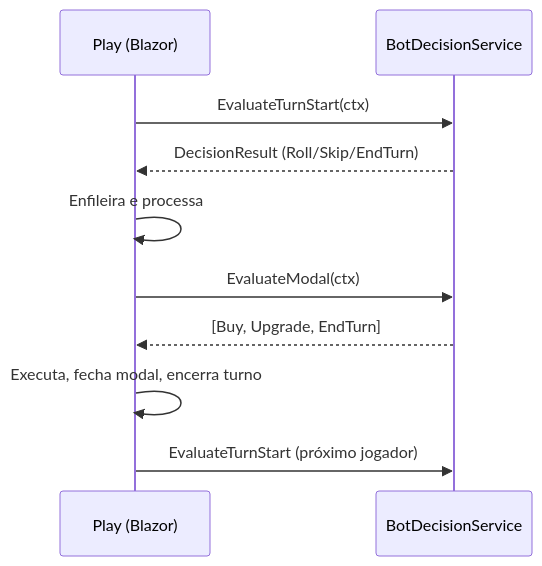
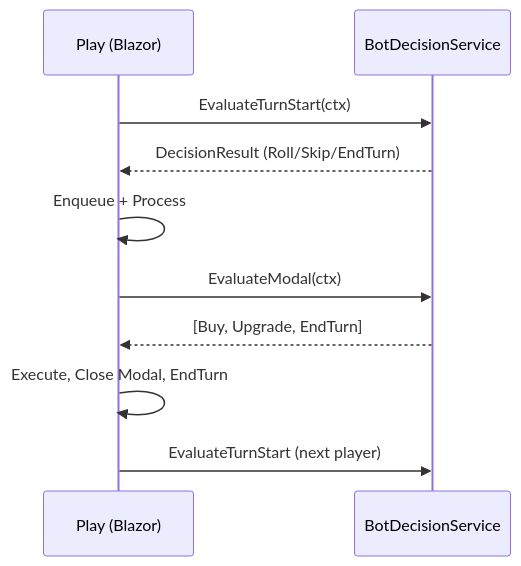
Before and after one commit to felipepassion/UFF.Monopoly: the fourth of 7 diagrams in README.md, drawn with Mermaid. The commit also changed other lines of this file, not shown here.

````diff
--- a/README.md
+++ b/README.md
@@ -211,12 +211,12 @@
 ```mermaid
 sequenceDiagram
     participant UI as Play (Blazor)
     participant S as BotDecisionService
     UI->>S: EvaluateTurnStart(ctx)
     S-->>UI: DecisionResult (Roll/Skip/EndTurn)
-    UI->>UI: Enfileira e processa
+    UI->>UI: Enqueue + Process
     UI->>S: EvaluateModal(ctx)
     S-->>UI: [Buy, Upgrade, EndTurn]
-    UI->>UI: Executa, fecha modal, encerra turno
-    UI->>S: EvaluateTurnStart (próximo jogador)
+    UI->>UI: Execute, Close Modal, EndTurn
+    UI->>S: EvaluateTurnStart (next player)
 ```
````
